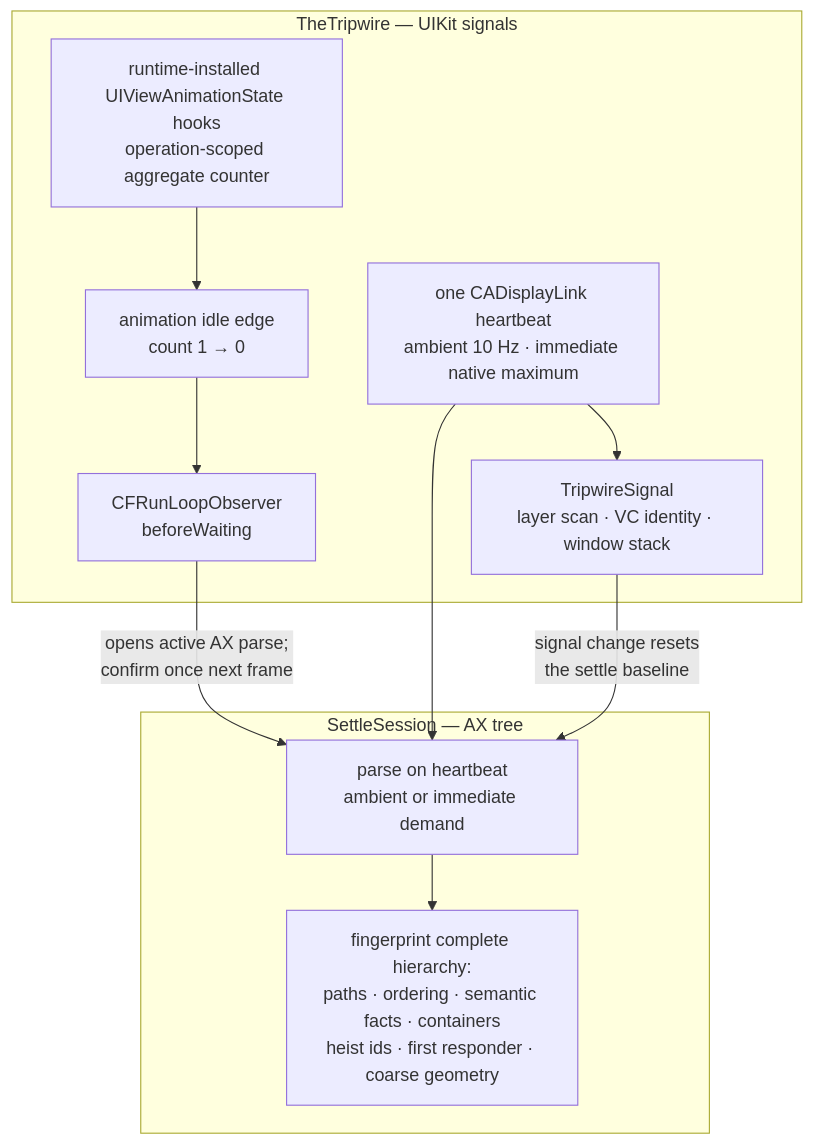
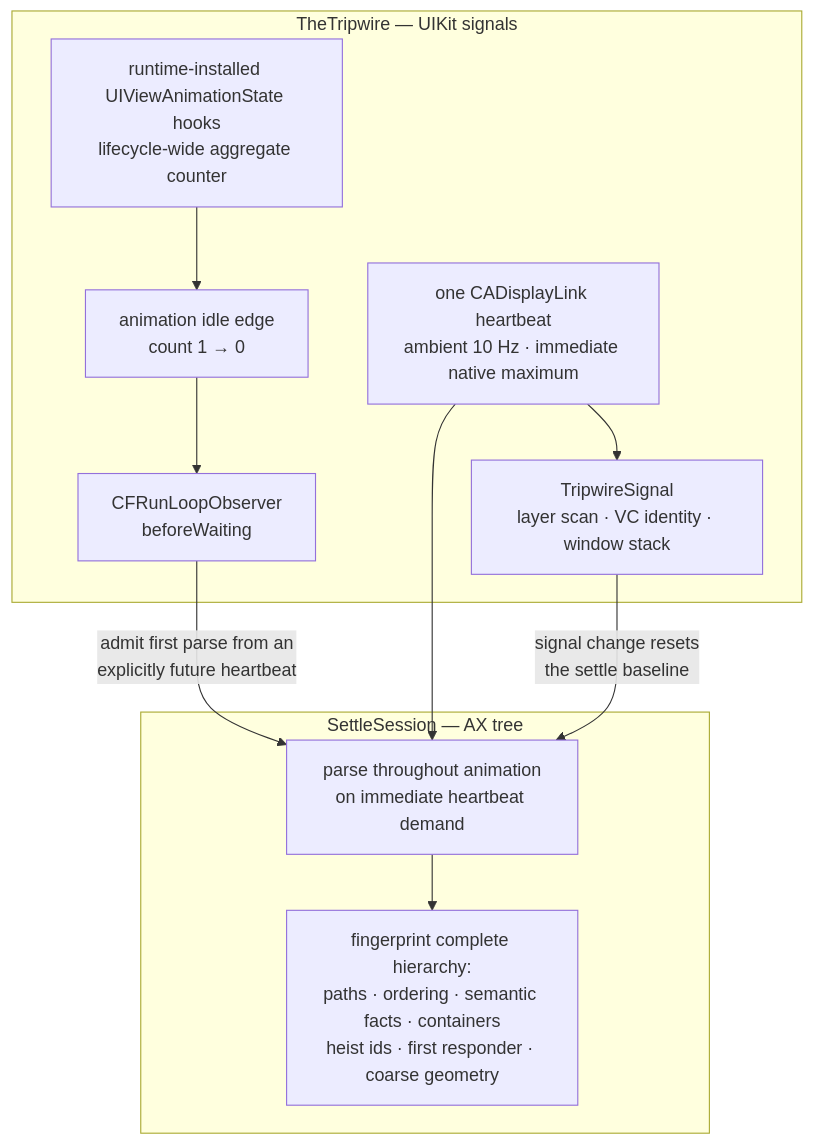
Before and after one commit to RoyalPineapple/TheButtonHeist: the second of 2 diagrams in docs/diagrams/settle-loop.md, drawn with Mermaid. The commit also changed other lines of this file and 25 other files, not shown here.

````diff
--- a/docs/diagrams/settle-loop.md
+++ b/docs/diagrams/settle-loop.md
@@ -51,20 +55,20 @@
 ```mermaid
 flowchart TD
     subgraph tripwire["TheTripwire — UIKit signals"]
-        ANIMATION["runtime-installed UIViewAnimationState hooks<br/>operation-scoped aggregate counter"]
+        ANIMATION["runtime-installed UIViewAnimationState hooks<br/>lifecycle-wide aggregate counter"]
         ANIMATION_IDLE["animation idle edge<br/>count 1 → 0"]
         RUN_LOOP_IDLE["CFRunLoopObserver<br/>beforeWaiting"]
         PULSE["one CADisplayLink heartbeat<br/>ambient 10 Hz · immediate native maximum"]
         SIGNAL["TripwireSignal<br/>layer scan · VC identity · window stack"]
         ANIMATION --> ANIMATION_IDLE --> RUN_LOOP_IDLE
         PULSE --> SIGNAL
     end
     subgraph settle["SettleSession — AX tree"]
-        PARSE["parse on heartbeat<br/>ambient or immediate demand"]
+        PARSE["parse throughout animation<br/>on immediate heartbeat demand"]
         FP["fingerprint complete hierarchy:<br/>paths · ordering · semantic facts · containers<br/>heist ids · first responder · coarse geometry"]
         PARSE --> FP
     end
-    RUN_LOOP_IDLE -- "opens active AX parse;<br/>confirm once next frame" --> PARSE
+    RUN_LOOP_IDLE -- "admit first parse from an<br/>explicitly future heartbeat" --> PARSE
     PULSE --> PARSE
     SIGNAL -- "signal change resets<br/>the settle baseline" --> PARSE
 ```
````
